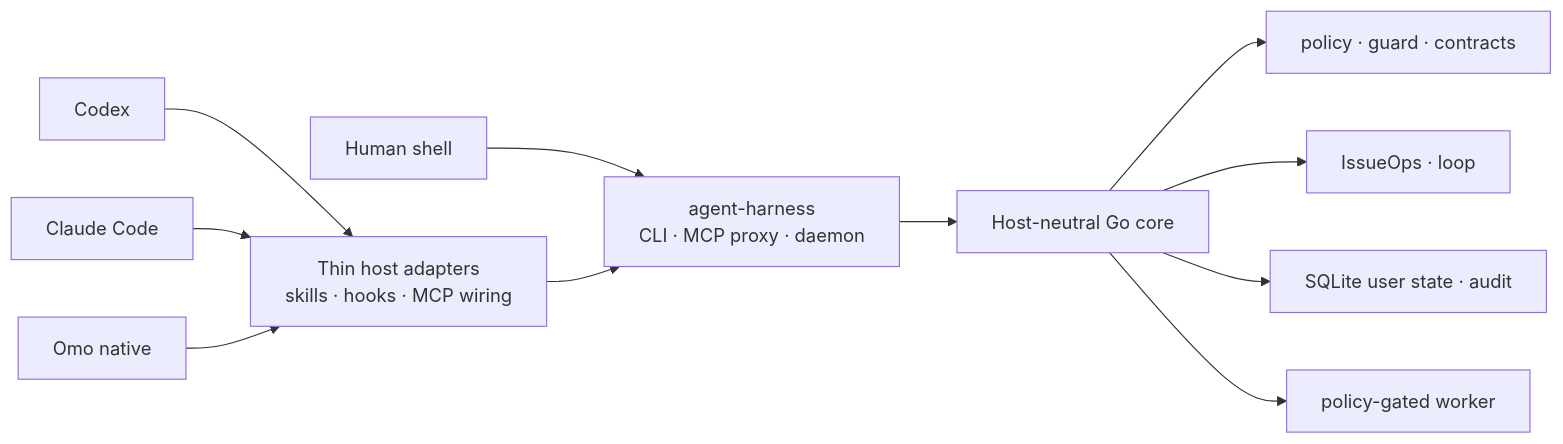
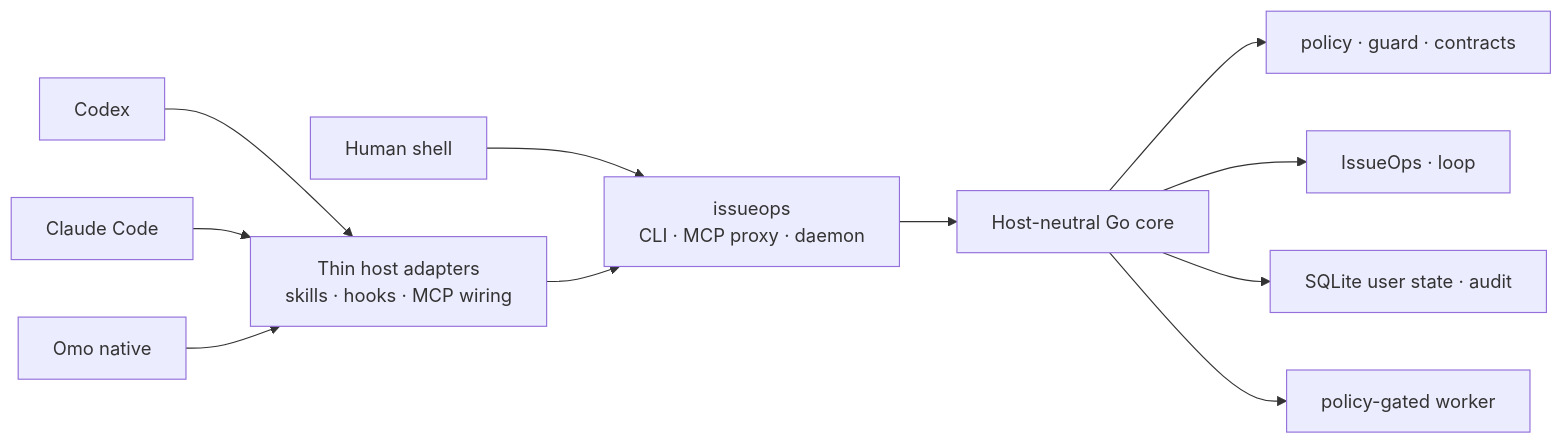
The diagram in README.en.md (m16khb-org/agent-harness), drawn with Mermaid before and after one commit. The commit also changed other lines of this file and 3559 other files, not shown here.

````diff
--- a/README.en.md
+++ b/README.en.md
@@ -175,13 +175,13 @@
 ```mermaid
 flowchart LR
     Codex["Codex"] --> Host["Thin host adapters<br/>skills · hooks · MCP wiring"]
     Claude["Claude Code"] --> Host
     Omo["Omo native"] --> Host
-    Shell["Human shell"] --> Surface["agent-harness<br/>CLI · MCP proxy · daemon"]
+    Shell["Human shell"] --> Surface["issueops<br/>CLI · MCP proxy · daemon"]
     Host --> Surface
     Surface --> Core["Host-neutral Go core"]
     Core --> Policy["policy · guard · contracts"]
     Core --> Flow["IssueOps · loop"]
     Core --> State["SQLite user state · audit"]
     Core --> Worker["policy-gated worker"]
 ```
````
